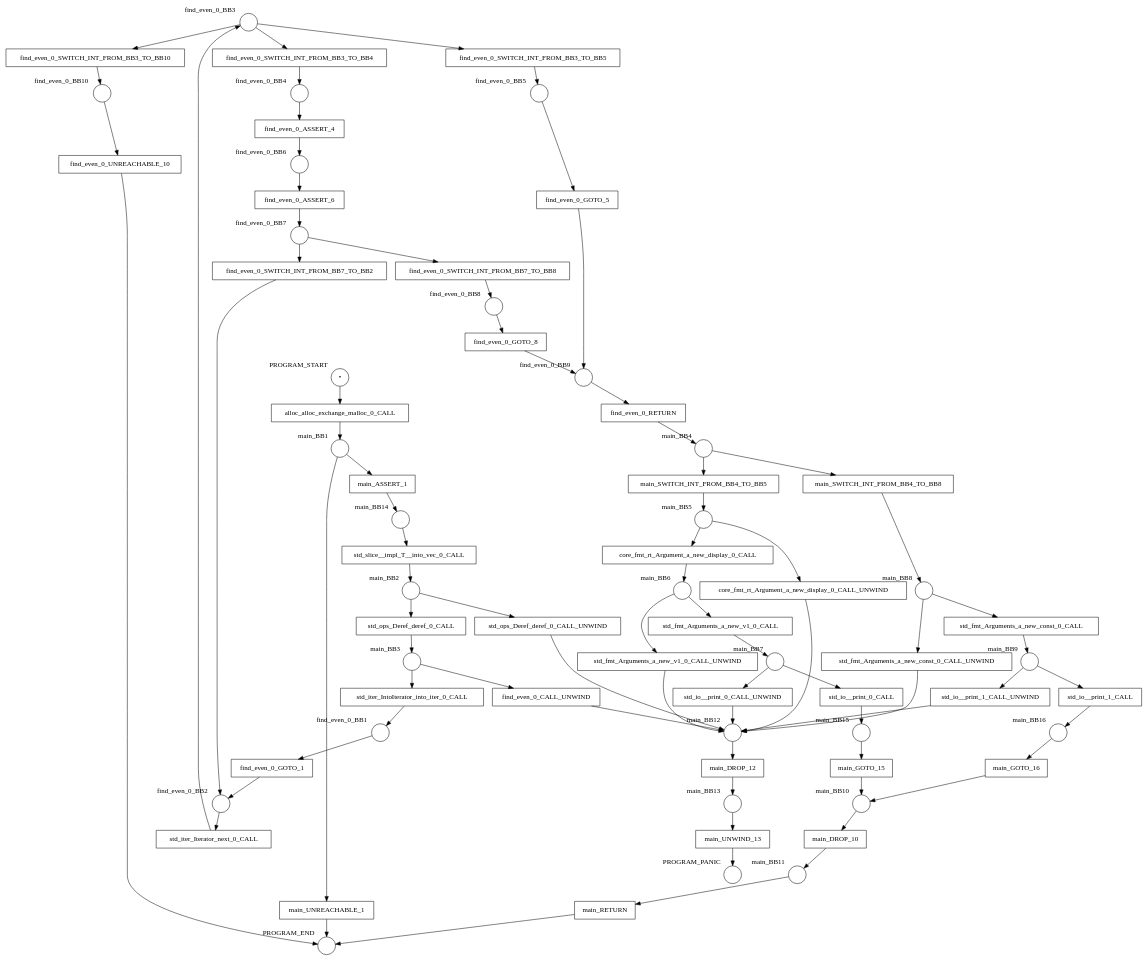
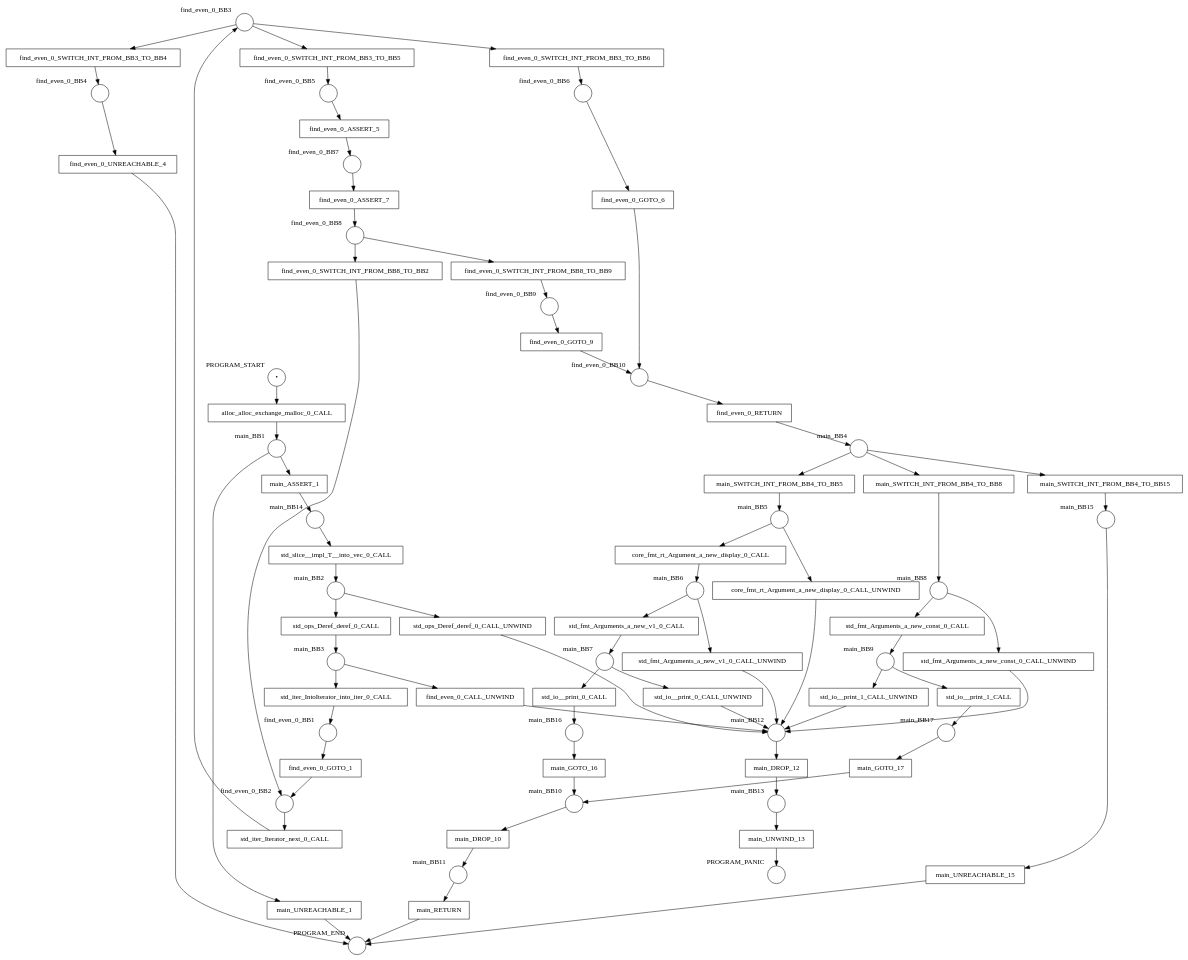
Before and after one commit to hlisdero/cargo-check-deadlock: the diagram in examples/results/function_call/find_even/net.dot, drawn with Graphviz. The commit also changed 10 other files, not shown here.

```diff
--- a/examples/results/function_call/find_even/net.dot
+++ b/examples/results/function_call/find_even/net.dot
@@ -1,148 +1,155 @@
 digraph petrinet {
     PROGRAM_END [shape="circle" xlabel="PROGRAM_END" label=""];
     PROGRAM_PANIC [shape="circle" xlabel="PROGRAM_PANIC" label=""];
     PROGRAM_START [shape="circle" xlabel="PROGRAM_START" label="•"];
     find_even_0_BB1 [shape="circle" xlabel="find_even_0_BB1" label=""];
     find_even_0_BB10 [shape="circle" xlabel="find_even_0_BB10" label=""];
     find_even_0_BB2 [shape="circle" xlabel="find_even_0_BB2" label=""];
     find_even_0_BB3 [shape="circle" xlabel="find_even_0_BB3" label=""];
     find_even_0_BB4 [shape="circle" xlabel="find_even_0_BB4" label=""];
     find_even_0_BB5 [shape="circle" xlabel="find_even_0_BB5" label=""];
     find_even_0_BB6 [shape="circle" xlabel="find_even_0_BB6" label=""];
     find_even_0_BB7 [shape="circle" xlabel="find_even_0_BB7" label=""];
     find_even_0_BB8 [shape="circle" xlabel="find_even_0_BB8" label=""];
     find_even_0_BB9 [shape="circle" xlabel="find_even_0_BB9" label=""];
     main_BB1 [shape="circle" xlabel="main_BB1" label=""];
     main_BB10 [shape="circle" xlabel="main_BB10" label=""];
     main_BB11 [shape="circle" xlabel="main_BB11" label=""];
     main_BB12 [shape="circle" xlabel="main_BB12" label=""];
     main_BB13 [shape="circle" xlabel="main_BB13" label=""];
     main_BB14 [shape="circle" xlabel="main_BB14" label=""];
     main_BB15 [shape="circle" xlabel="main_BB15" label=""];
     main_BB16 [shape="circle" xlabel="main_BB16" label=""];
+    main_BB17 [shape="circle" xlabel="main_BB17" label=""];
     main_BB2 [shape="circle" xlabel="main_BB2" label=""];
     main_BB3 [shape="circle" xlabel="main_BB3" label=""];
     main_BB4 [shape="circle" xlabel="main_BB4" label=""];
     main_BB5 [shape="circle" xlabel="main_BB5" label=""];
     main_BB6 [shape="circle" xlabel="main_BB6" label=""];
     main_BB7 [shape="circle" xlabel="main_BB7" label=""];
     main_BB8 [shape="circle" xlabel="main_BB8" label=""];
     main_BB9 [shape="circle" xlabel="main_BB9" label=""];
     alloc_alloc_exchange_malloc_0_CALL [shape="box" xlabel="" label="alloc_alloc_exchange_malloc_0_CALL"];
     core_fmt_rt_Argument_a_new_display_0_CALL [shape="box" xlabel="" label="core_fmt_rt_Argument_a_new_display_0_CALL"];
     core_fmt_rt_Argument_a_new_display_0_CALL_UNWIND [shape="box" xlabel="" label="core_fmt_rt_Argument_a_new_display_0_CALL_UNWIND"];
-    find_even_0_ASSERT_4 [shape="box" xlabel="" label="find_even_0_ASSERT_4"];
-    find_even_0_ASSERT_6 [shape="box" xlabel="" label="find_even_0_ASSERT_6"];
+    find_even_0_ASSERT_5 [shape="box" xlabel="" label="find_even_0_ASSERT_5"];
+    find_even_0_ASSERT_7 [shape="box" xlabel="" label="find_even_0_ASSERT_7"];
     find_even_0_CALL_UNWIND [shape="box" xlabel="" label="find_even_0_CALL_UNWIND"];
     find_even_0_GOTO_1 [shape="box" xlabel="" label="find_even_0_GOTO_1"];
-    find_even_0_GOTO_5 [shape="box" xlabel="" label="find_even_0_GOTO_5"];
-    find_even_0_GOTO_8 [shape="box" xlabel="" label="find_even_0_GOTO_8"];
+    find_even_0_GOTO_6 [shape="box" xlabel="" label="find_even_0_GOTO_6"];
+    find_even_0_GOTO_9 [shape="box" xlabel="" label="find_even_0_GOTO_9"];
     find_even_0_RETURN [shape="box" xlabel="" label="find_even_0_RETURN"];
-    find_even_0_SWITCH_INT_FROM_BB3_TO_BB10 [shape="box" xlabel="" label="find_even_0_SWITCH_INT_FROM_BB3_TO_BB10"];
     find_even_0_SWITCH_INT_FROM_BB3_TO_BB4 [shape="box" xlabel="" label="find_even_0_SWITCH_INT_FROM_BB3_TO_BB4"];
     find_even_0_SWITCH_INT_FROM_BB3_TO_BB5 [shape="box" xlabel="" label="find_even_0_SWITCH_INT_FROM_BB3_TO_BB5"];
-    find_even_0_SWITCH_INT_FROM_BB7_TO_BB2 [shape="box" xlabel="" label="find_even_0_SWITCH_INT_FROM_BB7_TO_BB2"];
-    find_even_0_SWITCH_INT_FROM_BB7_TO_BB8 [shape="box" xlabel="" label="find_even_0_SWITCH_INT_FROM_BB7_TO_BB8"];
-    find_even_0_UNREACHABLE_10 [shape="box" xlabel="" label="find_even_0_UNREACHABLE_10"];
+    find_even_0_SWITCH_INT_FROM_BB3_TO_BB6 [shape="box" xlabel="" label="find_even_0_SWITCH_INT_FROM_BB3_TO_BB6"];
+    find_even_0_SWITCH_INT_FROM_BB8_TO_BB2 [shape="box" xlabel="" label="find_even_0_SWITCH_INT_FROM_BB8_TO_BB2"];
+    find_even_0_SWITCH_INT_FROM_BB8_TO_BB9 [shape="box" xlabel="" label="find_even_0_SWITCH_INT_FROM_BB8_TO_BB9"];
+    find_even_0_UNREACHABLE_4 [shape="box" xlabel="" label="find_even_0_UNREACHABLE_4"];
     main_ASSERT_1 [shape="box" xlabel="" label="main_ASSERT_1"];
     main_DROP_10 [shape="box" xlabel="" label="main_DROP_10"];
     main_DROP_12 [shape="box" xlabel="" label="main_DROP_12"];
-    main_GOTO_15 [shape="box" xlabel="" label="main_GOTO_15"];
     main_GOTO_16 [shape="box" xlabel="" label="main_GOTO_16"];
+    main_GOTO_17 [shape="box" xlabel="" label="main_GOTO_17"];
     main_RETURN [shape="box" xlabel="" label="main_RETURN"];
+    main_SWITCH_INT_FROM_BB4_TO_BB15 [shape="box" xlabel="" label="main_SWITCH_INT_FROM_BB4_TO_BB15"];
     main_SWITCH_INT_FROM_BB4_TO_BB5 [shape="box" xlabel="" label="main_SWITCH_INT_FROM_BB4_TO_BB5"];
     main_SWITCH_INT_FROM_BB4_TO_BB8 [shape="box" xlabel="" label="main_SWITCH_INT_FROM_BB4_TO_BB8"];
     main_UNREACHABLE_1 [shape="box" xlabel="" label="main_UNREACHABLE_1"];
+    main_UNREACHABLE_15 [shape="box" xlabel="" label="main_UNREACHABLE_15"];
     main_UNWIND_13 [shape="box" xlabel="" label="main_UNWIND_13"];
     std_fmt_Arguments_a_new_const_0_CALL [shape="box" xlabel="" label="std_fmt_Arguments_a_new_const_0_CALL"];
     std_fmt_Arguments_a_new_const_0_CALL_UNWIND [shape="box" xlabel="" label="std_fmt_Arguments_a_new_const_0_CALL_UNWIND"];
     std_fmt_Arguments_a_new_v1_0_CALL [shape="box" xlabel="" label="std_fmt_Arguments_a_new_v1_0_CALL"];
     std_fmt_Arguments_a_new_v1_0_CALL_UNWIND [shape="box" xlabel="" label="std_fmt_Arguments_a_new_v1_0_CALL_UNWIND"];
     std_io__print_0_CALL [shape="box" xlabel="" label="std_io__print_0_CALL"];
     std_io__print_0_CALL_UNWIND [shape="box" xlabel="" label="std_io__print_0_CALL_UNWIND"];
     std_io__print_1_CALL [shape="box" xlabel="" label="std_io__print_1_CALL"];
     std_io__print_1_CALL_UNWIND [shape="box" xlabel="" label="std_io__print_1_CALL_UNWIND"];
     std_iter_IntoIterator_into_iter_0_CALL [shape="box" xlabel="" label="std_iter_IntoIterator_into_iter_0_CALL"];
     std_iter_Iterator_next_0_CALL [shape="box" xlabel="" label="std_iter_Iterator_next_0_CALL"];
     std_ops_Deref_deref_0_CALL [shape="box" xlabel="" label="std_ops_Deref_deref_0_CALL"];
     std_ops_Deref_deref_0_CALL_UNWIND [shape="box" xlabel="" label="std_ops_Deref_deref_0_CALL_UNWIND"];
     std_slice__impl_T__into_vec_0_CALL [shape="box" xlabel="" label="std_slice__impl_T__into_vec_0_CALL"];
     PROGRAM_START -> alloc_alloc_exchange_malloc_0_CALL;
     find_even_0_BB1 -> find_even_0_GOTO_1;
-    find_even_0_BB10 -> find_even_0_UNREACHABLE_10;
+    find_even_0_BB10 -> find_even_0_RETURN;
     find_even_0_BB2 -> std_iter_Iterator_next_0_CALL;
-    find_even_0_BB3 -> find_even_0_SWITCH_INT_FROM_BB3_TO_BB10;
     find_even_0_BB3 -> find_even_0_SWITCH_INT_FROM_BB3_TO_BB4;
     find_even_0_BB3 -> find_even_0_SWITCH_INT_FROM_BB3_TO_BB5;
-    find_even_0_BB4 -> find_even_0_ASSERT_4;
-    find_even_0_BB5 -> find_even_0_GOTO_5;
-    find_even_0_BB6 -> find_even_0_ASSERT_6;
-    find_even_0_BB7 -> find_even_0_SWITCH_INT_FROM_BB7_TO_BB2;
-    find_even_0_BB7 -> find_even_0_SWITCH_INT_FROM_BB7_TO_BB8;
-    find_even_0_BB8 -> find_even_0_GOTO_8;
-    find_even_0_BB9 -> find_even_0_RETURN;
+    find_even_0_BB3 -> find_even_0_SWITCH_INT_FROM_BB3_TO_BB6;
+    find_even_0_BB4 -> find_even_0_UNREACHABLE_4;
+    find_even_0_BB5 -> find_even_0_ASSERT_5;
+    find_even_0_BB6 -> find_even_0_GOTO_6;
+    find_even_0_BB7 -> find_even_0_ASSERT_7;
+    find_even_0_BB8 -> find_even_0_SWITCH_INT_FROM_BB8_TO_BB2;
+    find_even_0_BB8 -> find_even_0_SWITCH_INT_FROM_BB8_TO_BB9;
+    find_even_0_BB9 -> find_even_0_GOTO_9;
     main_BB1 -> main_ASSERT_1;
     main_BB1 -> main_UNREACHABLE_1;
     main_BB10 -> main_DROP_10;
     main_BB11 -> main_RETURN;
     main_BB12 -> main_DROP_12;
     main_BB13 -> main_UNWIND_13;
     main_BB14 -> std_slice__impl_T__into_vec_0_CALL;
-    main_BB15 -> main_GOTO_15;
+    main_BB15 -> main_UNREACHABLE_15;
     main_BB16 -> main_GOTO_16;
+    main_BB17 -> main_GOTO_17;
     main_BB2 -> std_ops_Deref_deref_0_CALL;
     main_BB2 -> std_ops_Deref_deref_0_CALL_UNWIND;
     main_BB3 -> find_even_0_CALL_UNWIND;
     main_BB3 -> std_iter_IntoIterator_into_iter_0_CALL;
+    main_BB4 -> main_SWITCH_INT_FROM_BB4_TO_BB15;
     main_BB4 -> main_SWITCH_INT_FROM_BB4_TO_BB5;
     main_BB4 -> main_SWITCH_INT_FROM_BB4_TO_BB8;
     main_BB5 -> core_fmt_rt_Argument_a_new_display_0_CALL;
     main_BB5 -> core_fmt_rt_Argument_a_new_display_0_CALL_UNWIND;
     main_BB6 -> std_fmt_Arguments_a_new_v1_0_CALL;
     main_BB6 -> std_fmt_Arguments_a_new_v1_0_CALL_UNWIND;
     main_BB7 -> std_io__print_0_CALL;
     main_BB7 -> std_io__print_0_CALL_UNWIND;
     main_BB8 -> std_fmt_Arguments_a_new_const_0_CALL;
     main_BB8 -> std_fmt_Arguments_a_new_const_0_CALL_UNWIND;
     main_BB9 -> std_io__print_1_CALL;
     main_BB9 -> std_io__print_1_CALL_UNWIND;
     alloc_alloc_exchange_malloc_0_CALL -> main_BB1;
     core_fmt_rt_Argument_a_new_display_0_CALL -> main_BB6;
     core_fmt_rt_Argument_a_new_display_0_CALL_UNWIND -> main_BB12;
-    find_even_0_ASSERT_4 -> find_even_0_BB6;
-    find_even_0_ASSERT_6 -> find_even_0_BB7;
+    find_even_0_ASSERT_5 -> find_even_0_BB7;
+    find_even_0_ASSERT_7 -> find_even_0_BB8;
     find_even_0_CALL_UNWIND -> main_BB12;
     find_even_0_GOTO_1 -> find_even_0_BB2;
-    find_even_0_GOTO_5 -> find_even_0_BB9;
-    find_even_0_GOTO_8 -> find_even_0_BB9;
+    find_even_0_GOTO_6 -> find_even_0_BB10;
+    find_even_0_GOTO_9 -> find_even_0_BB10;
     find_even_0_RETURN -> main_BB4;
-    find_even_0_SWITCH_INT_FROM_BB3_TO_BB10 -> find_even_0_BB10;
     find_even_0_SWITCH_INT_FROM_BB3_TO_BB4 -> find_even_0_BB4;
     find_even_0_SWITCH_INT_FROM_BB3_TO_BB5 -> find_even_0_BB5;
-    find_even_0_SWITCH_INT_FROM_BB7_TO_BB2 -> find_even_0_BB2;
-    find_even_0_SWITCH_INT_FROM_BB7_TO_BB8 -> find_even_0_BB8;
-    find_even_0_UNREACHABLE_10 -> PROGRAM_END;
+    find_even_0_SWITCH_INT_FROM_BB3_TO_BB6 -> find_even_0_BB6;
+    find_even_0_SWITCH_INT_FROM_BB8_TO_BB2 -> find_even_0_BB2;
+    find_even_0_SWITCH_INT_FROM_BB8_TO_BB9 -> find_even_0_BB9;
+    find_even_0_UNREACHABLE_4 -> PROGRAM_END;
     main_ASSERT_1 -> main_BB14;
     main_DROP_10 -> main_BB11;
     main_DROP_12 -> main_BB13;
-    main_GOTO_15 -> main_BB10;
     main_GOTO_16 -> main_BB10;
+    main_GOTO_17 -> main_BB10;
     main_RETURN -> PROGRAM_END;
+    main_SWITCH_INT_FROM_BB4_TO_BB15 -> main_BB15;
     main_SWITCH_INT_FROM_BB4_TO_BB5 -> main_BB5;
     main_SWITCH_INT_FROM_BB4_TO_BB8 -> main_BB8;
     main_UNREACHABLE_1 -> PROGRAM_END;
+    main_UNREACHABLE_15 -> PROGRAM_END;
     main_UNWIND_13 -> PROGRAM_PANIC;
     std_fmt_Arguments_a_new_const_0_CALL -> main_BB9;
     std_fmt_Arguments_a_new_const_0_CALL_UNWIND -> main_BB12;
     std_fmt_Arguments_a_new_v1_0_CALL -> main_BB7;
     std_fmt_Arguments_a_new_v1_0_CALL_UNWIND -> main_BB12;
-    std_io__print_0_CALL -> main_BB15;
+    std_io__print_0_CALL -> main_BB16;
     std_io__print_0_CALL_UNWIND -> main_BB12;
-    std_io__print_1_CALL -> main_BB16;
+    std_io__print_1_CALL -> main_BB17;
     std_io__print_1_CALL_UNWIND -> main_BB12;
     std_iter_IntoIterator_into_iter_0_CALL -> find_even_0_BB1;
     std_iter_Iterator_next_0_CALL -> find_even_0_BB3;
     std_ops_Deref_deref_0_CALL -> main_BB3;
     std_ops_Deref_deref_0_CALL_UNWIND -> main_BB12;
     std_slice__impl_T__into_vec_0_CALL -> main_BB2;
 }
```
